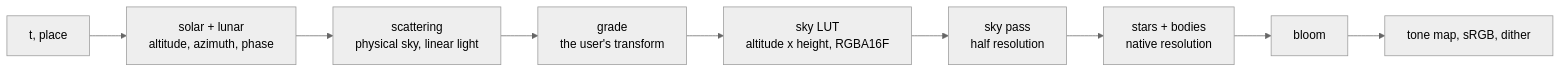
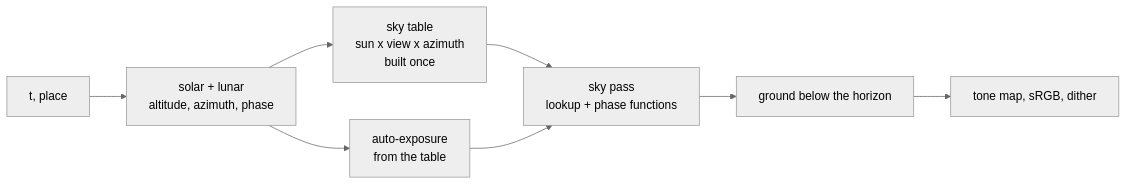
Before and after one commit to BlackCanyonSoftware/dayandnight_BCS: the third of 3 diagrams in docs/ARCHITECTURE.md, drawn with Mermaid (neutral theme). The commit also changed other lines of this file and 18 other files, not shown here.

````diff
--- a/docs/ARCHITECTURE.md
+++ b/docs/ARCHITECTURE.md
@@ -175,11 +174,10 @@
 ```mermaid
 flowchart LR
   A["t, place"] --> B["solar + lunar<br/>altitude, azimuth, phase"]
-  B --> C["scattering<br/>physical sky, linear light"]
-  C --> D["grade<br/>the user's transform"]
-  D --> E["sky LUT<br/>altitude x height, RGBA16F"]
-  E --> F["sky pass<br/>half resolution"]
-  F --> G["stars + bodies<br/>native resolution"]
-  G --> H["bloom"]
-  H --> I["tone map, sRGB, dither"]
+  B --> E["sky table<br/>sun x view x azimuth<br/>built once"]
+  B --> X["auto-exposure<br/>from the table"]
+  E --> F["sky pass<br/>lookup + phase functions"]
+  X --> F
+  F --> G["ground below the horizon"]
+  G --> H["tone map, sRGB, dither"]
 ```
````
